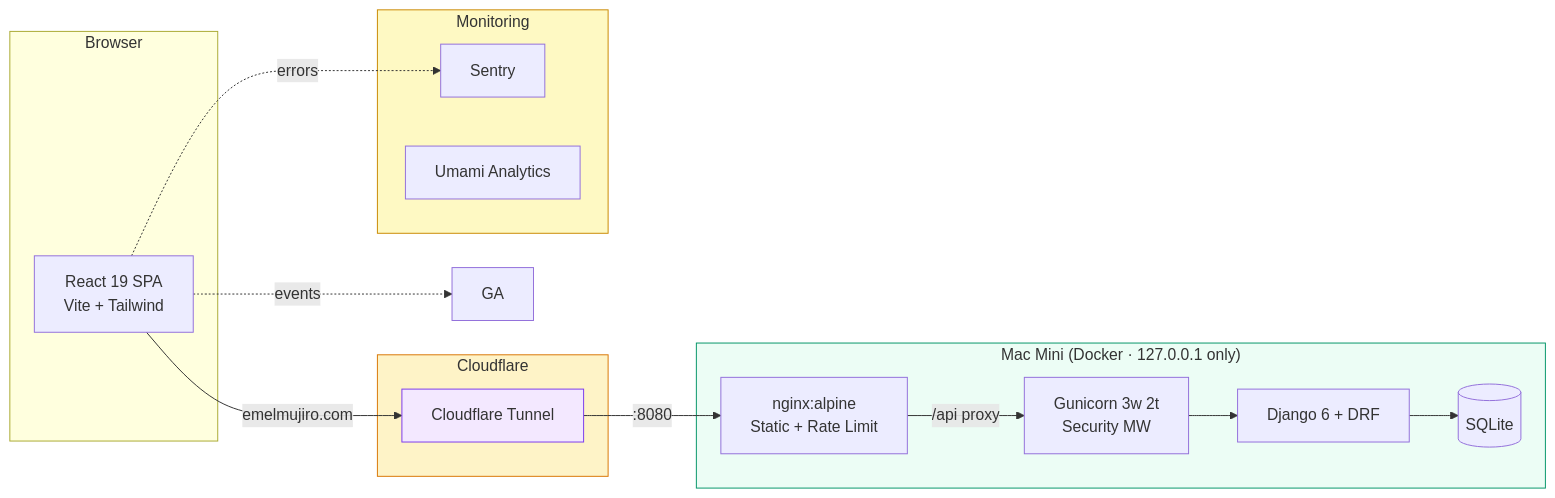
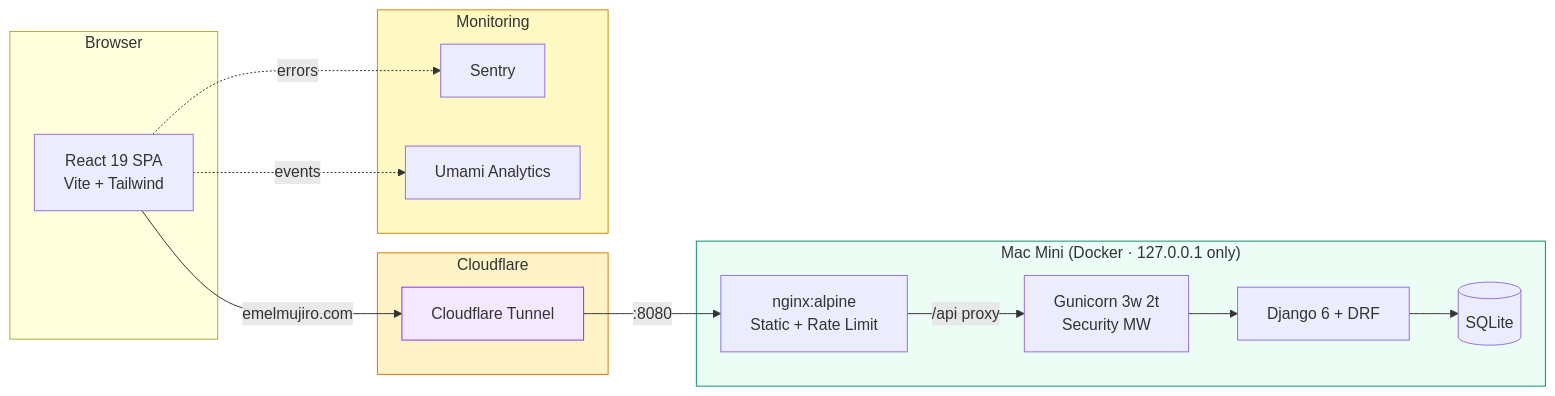
The diagram in README.md (researcherhojin/emelmujiro), drawn with Mermaid before and after one commit. The commit also changed other lines of this file, not shown here.

Commit message:
docs: fix README Mermaid GA→Umami arrow + job name reference
- Mermaid diagram: React -.->|events| GA → Umami (node label was
  updated in 33fb32a but the arrow target was missed)
- Development section: "readme-sync" → "Sync Test Badges" (renamed
  in 7899630)

````diff
--- a/README.md
+++ b/README.md
@@ -95,35 +95,35 @@
 ```mermaid
 graph LR
     subgraph Client["Browser"]
         React["React 19 SPA\nVite + Tailwind"]
     end
 
     subgraph CF["Cloudflare"]
         Tunnel["Cloudflare Tunnel"]
     end
 
     subgraph MacMini["Mac Mini (Docker · 127.0.0.1 only)"]
         Nginx["nginx:alpine\nStatic + Rate Limit"]
         Gunicorn["Gunicorn 3w 2t\nSecurity MW"]
         DRF["Django 6 + DRF"]
         DB[(SQLite)]
     end
 
     subgraph Monitoring["Monitoring"]
         Sentry["Sentry"]
         Umami["Umami Analytics"]
     end
 
     React -->|emelmujiro.com| Tunnel
     Tunnel -->|:8080| Nginx
     Nginx -->|/api proxy| Gunicorn
     Gunicorn --> DRF
     DRF --> DB
     React -.->|errors| Sentry
-    React -.->|events| GA
+    React -.->|events| Umami
 
     style Tunnel fill:#F3E8FF,stroke:#7C3AED
     style MacMini fill:#ECFDF5,stroke:#059669
     style CF fill:#FEF3C7,stroke:#D97706
     style Monitoring fill:#FEF9C3,stroke:#CA8A04
 ```
````
